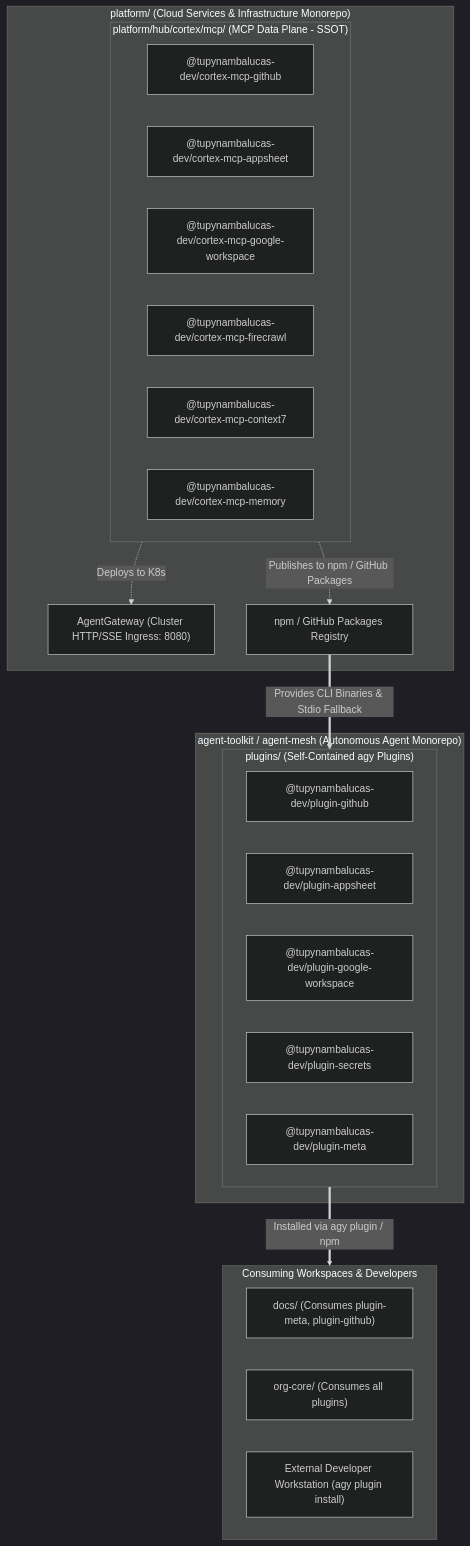
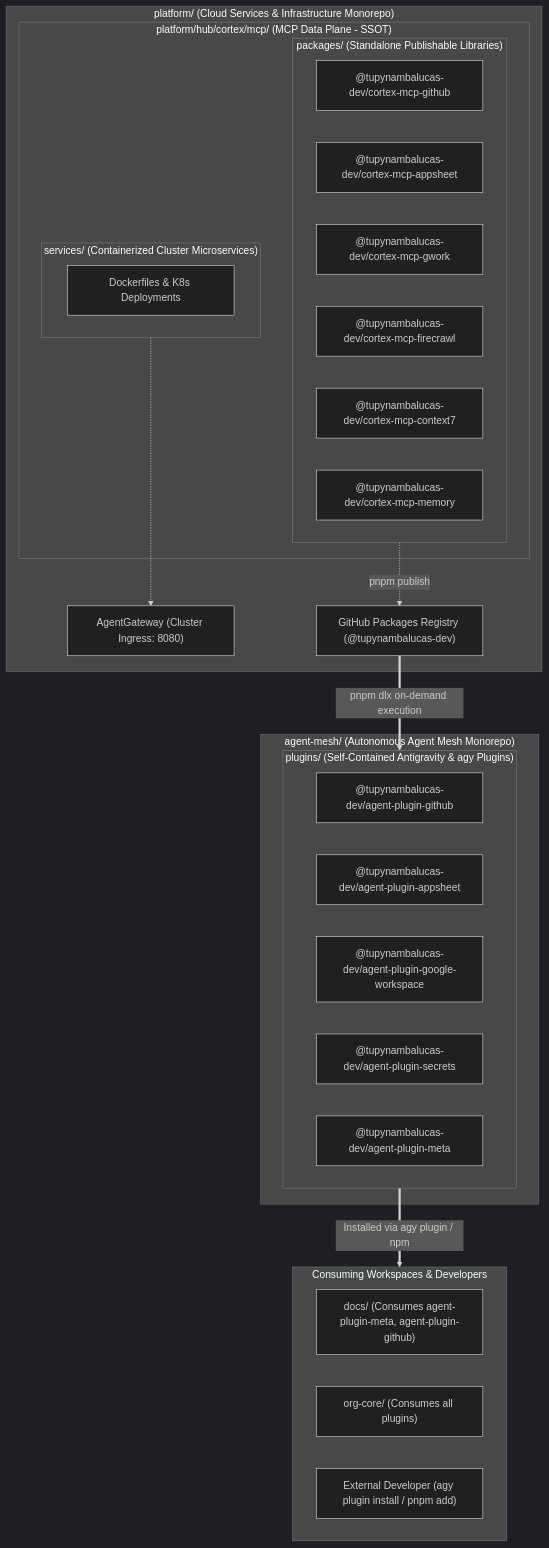
Before and after one commit to tupynambalucas-dev/agent-mesh: the first of 2 diagrams in references/cortex-gateway-and-self-contained-agent-mesh-architecture.md, drawn with Mermaid (dark theme). The commit also changed other lines of this file, not shown here.

Commit message:
docs(architecture): adopt agent-mesh naming and agent-plugin prefix with pnpm dlx

````diff
--- a/references/cortex-gateway-and-self-contained-agent-mesh-architecture.md
+++ b/references/cortex-gateway-and-self-contained-agent-mesh-architecture.md
@@ -19,35 +17,40 @@
 ```mermaid
 flowchart TD
     subgraph PlatformRepo ["platform/ (Cloud Services & Infrastructure Monorepo)"]
-        subgraph CortexHub ["platform/hub/cortex/mcp/ (MCP Data Plane - SSOT)"]
-            MCPGitHub["@tupynambalucas-dev/cortex-mcp-github"]
-            MCPAppSheet["@tupynambalucas-dev/cortex-mcp-appsheet"]
-            MCPGWork["@tupynambalucas-dev/cortex-mcp-google-workspace"]
-            MCPFirecrawl["@tupynambalucas-dev/cortex-mcp-firecrawl"]
-            MCPContext7["@tupynambalucas-dev/cortex-mcp-context7"]
-            MCPMemory["@tupynambalucas-dev/cortex-mcp-memory"]
+        subgraph CortexMCP ["platform/hub/cortex/mcp/ (MCP Data Plane - SSOT)"]
+            subgraph MCPPackages ["packages/ (Standalone Publishable Libraries)"]
+                MCPGitHub["@tupynambalucas-dev/cortex-mcp-github"]
+                MCPAppSheet["@tupynambalucas-dev/cortex-mcp-appsheet"]
+                MCPGWork["@tupynambalucas-dev/cortex-mcp-gwork"]
+                MCPFirecrawl["@tupynambalucas-dev/cortex-mcp-firecrawl"]
+                MCPContext7["@tupynambalucas-dev/cortex-mcp-context7"]
+                MCPMemory["@tupynambalucas-dev/cortex-mcp-memory"]
+            end
+            subgraph MCPServices ["services/ (Containerized Cluster Microservices)"]
+                DockerServices["Dockerfiles & K8s Deployments"]
+            end
         end
-        EnvoyGateway["AgentGateway (Cluster HTTP/SSE Ingress: 8080)"]
-        CortexHub -. "Deploys to K8s" .-> EnvoyGateway
-        CortexHub -. "Publishes to npm / GitHub Packages" .-> NPMRegistry["npm / GitHub Packages Registry"]
+        EnvoyGateway["AgentGateway (Cluster Ingress: 8080)"]
+        MCPServices -.-> EnvoyGateway
+        MCPPackages -. "pnpm publish" .-> GitHubPackages["GitHub Packages Registry (@tupynambalucas-dev)"]
     end
 
-    subgraph AgentMeshRepo ["agent-toolkit / agent-mesh (Autonomous Agent Monorepo)"]
-        subgraph PluginsWorkspace ["plugins/ (Self-Contained agy Plugins)"]
-            PluginGH["@tupynambalucas-dev/plugin-github"]
-            PluginAppSheet["@tupynambalucas-dev/plugin-appsheet"]
-            PluginGWork["@tupynambalucas-dev/plugin-google-workspace"]
-            PluginSecrets["@tupynambalucas-dev/plugin-secrets"]
-            PluginMeta["@tupynambalucas-dev/plugin-meta"]
+    subgraph AgentMeshRepo ["agent-mesh/ (Autonomous Agent Mesh Monorepo)"]
+        subgraph PluginsWorkspace ["plugins/ (Self-Contained Antigravity & agy Plugins)"]
+            PluginGH["@tupynambalucas-dev/agent-plugin-github"]
+            PluginAppSheet["@tupynambalucas-dev/agent-plugin-appsheet"]
+            PluginGWork["@tupynambalucas-dev/agent-plugin-google-workspace"]
+            PluginSecrets["@tupynambalucas-dev/agent-plugin-secrets"]
+            PluginMeta["@tupynambalucas-dev/agent-plugin-meta"]
         end
     end
 
     subgraph ConsumingProjects ["Consuming Workspaces & Developers"]
-        DocsApp["docs/ (Consumes plugin-meta, plugin-github)"]
+        DocsApp["docs/ (Consumes agent-plugin-meta, agent-plugin-github)"]
         CoreUmbrella["org-core/ (Consumes all plugins)"]
-        ExternalDev["External Developer Workstation (agy plugin install)"]
+        ExternalDev["External Developer (agy plugin install / pnpm add)"]
     end
 
-    NPMRegistry ==>|Provides CLI Binaries & Stdio Fallback| PluginsWorkspace
+    GitHubPackages ==>|pnpm dlx on-demand execution| PluginsWorkspace
     PluginsWorkspace ==>|Installed via agy plugin / npm| ConsumingProjects
 ```
````
